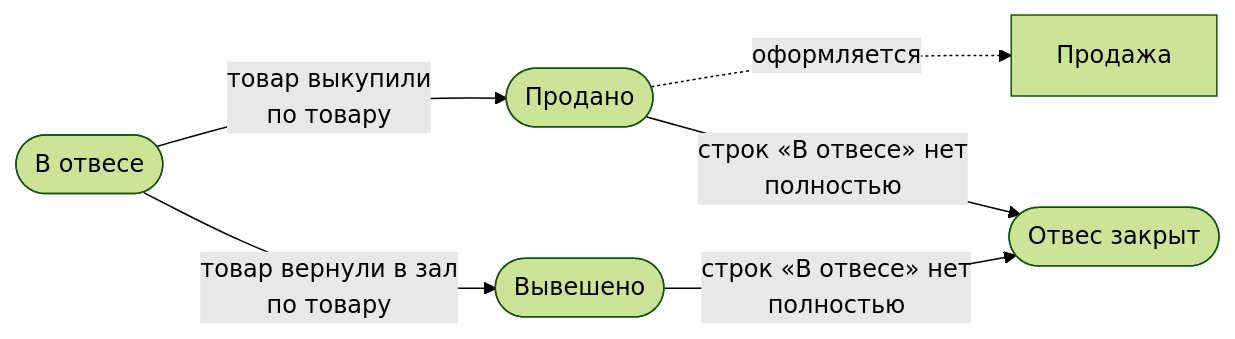
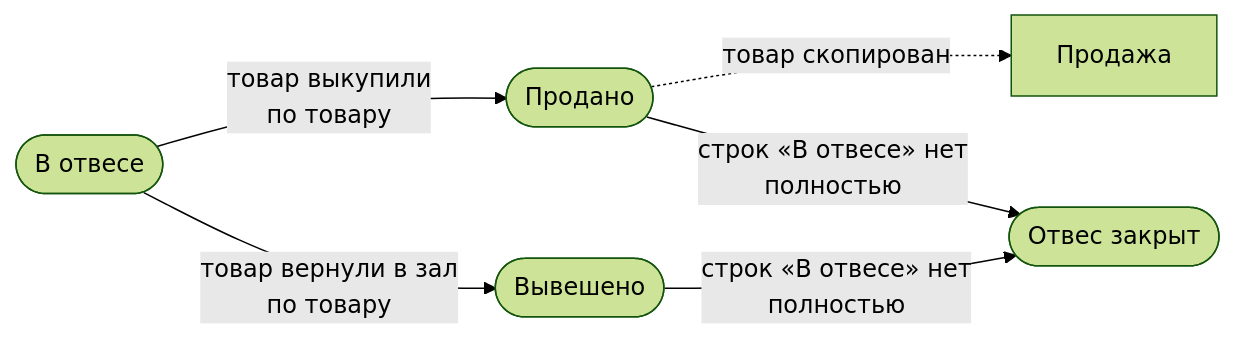
The third of 4 diagrams in docs/accounting-rules.md (EGSP/collection-zarplata), drawn with Mermaid (forest theme) before and after one commit. The commit also changed other lines of this file and 20 other files, not shown here.

````diff
--- a/docs/accounting-rules.md
+++ b/docs/accounting-rules.md
@@ -77,14 +115,14 @@
 ```mermaid
 flowchart LR
     held(["В отвесе"])
     sold(["Продано"])
     hung(["Вывешено"])
     closed(["Отвес закрыт"])
     sale["Продажа"]
 
     held -- "товар выкупили<br/>по товару" --> sold
     held -- "товар вернули в зал<br/>по товару" --> hung
-    sold -. "оформляется" .-> sale
+    sold -. "товар скопирован" .-> sale
     sold -- "строк «В отвесе» нет<br/>полностью" --> closed
     hung -- "строк «В отвесе» нет<br/>полностью" --> closed
 ```
````
